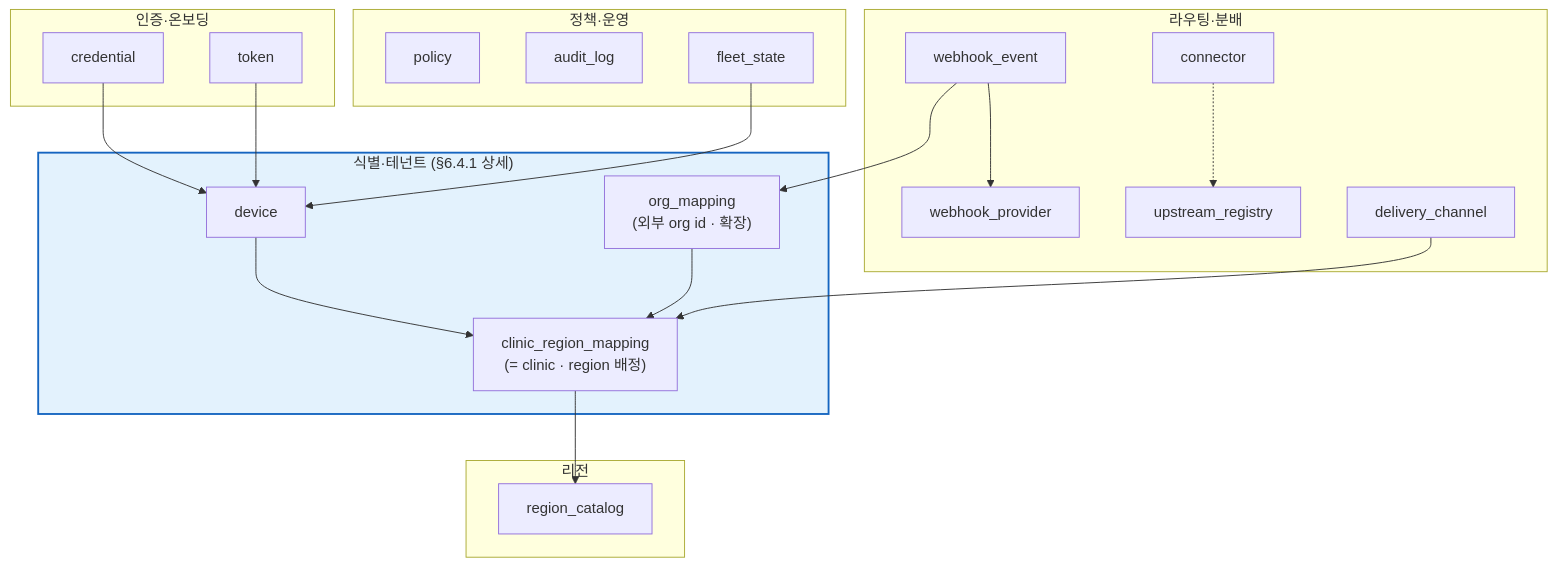
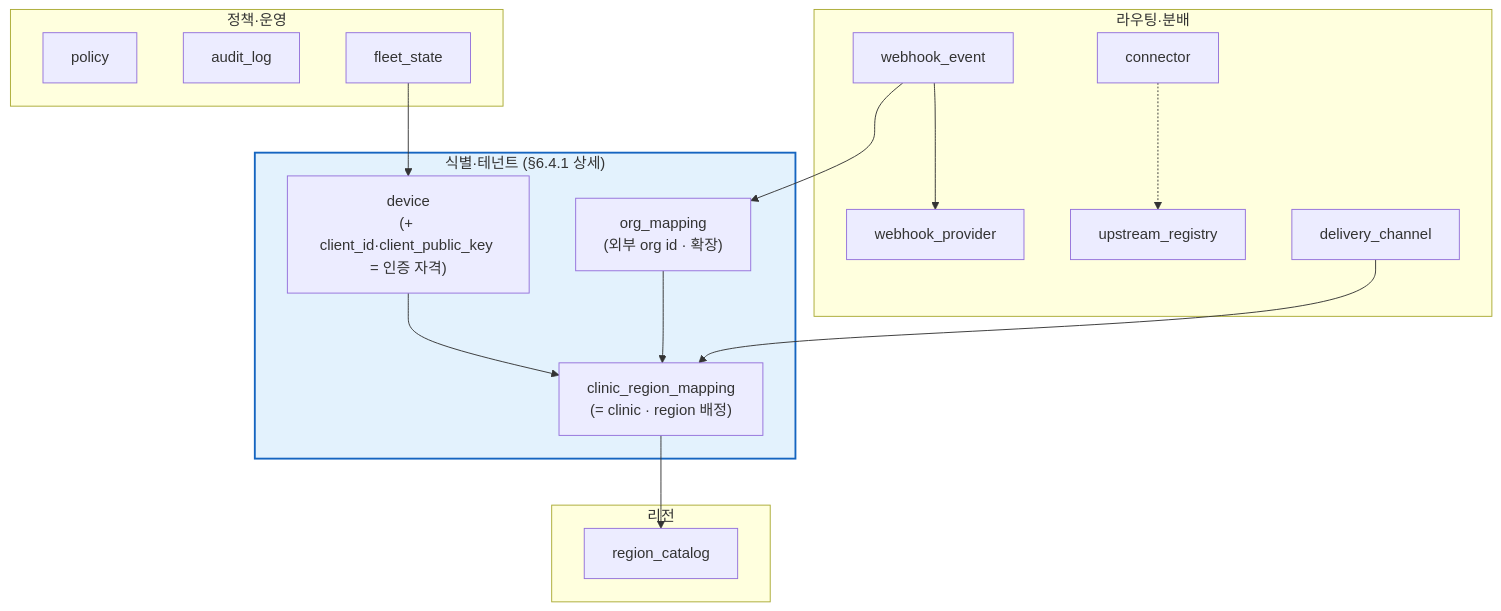
Before and after one commit to gracegyu/scp-architecture: diagram 17 of 17 in docs/VT_API_Gateway/08.VT_API_Gateway/specs/03-srs-gateway/SRS.md, drawn with Mermaid. The commit also changed other lines of this file and 7 other files, not shown here.

Commit message:
문서 업데이트: VT API Gateway의 SRS 문서에서 디바이스 인증 방식을 비대칭 `private_key_jwt`로 변경하고, 관련된 DBML 및 OpenAPI 문서에서 공개키(clientPublicKey) 검증 절차를 명확히 하였습니다. 또한, enrollment 프로세스에서 fingerprint를 client_public_key로 리네이밍하고, credential 및 token 테이블을 삭제하여 데이터 모델의 일관성을 강화하였습니다.

````diff
--- a/docs/VT_API_Gateway/08.VT_API_Gateway/specs/03-srs-gateway/SRS.md
+++ b/docs/VT_API_Gateway/08.VT_API_Gateway/specs/03-srs-gateway/SRS.md
@@ -1245,39 +1248,33 @@
 ```mermaid
 flowchart TB
     subgraph ID["식별·테넌트 (§6.4.1 상세)"]
-        DEV[device]
+        DEV["device<br/>(+ client_id·client_public_key = 인증 자격)"]
         CLI["clinic_region_mapping<br/>(= clinic · region 배정)"]
         ORG["org_mapping<br/>(외부 org id · 확장)"]
     end
     subgraph RGN["리전"]
         RC[region_catalog]
-    end
-    subgraph AUTH["인증·온보딩"]
-        CRED[credential]
-        TOK[token]
     end
     subgraph DISP["라우팅·분배"]
         UPS[upstream_registry]
         WP[webhook_provider]
         WE[webhook_event]
         DC[delivery_channel]
         CONN[connector]
     end
     subgraph OPS["정책·운영"]
         POL[policy]
         AUD[audit_log]
         FLEET[fleet_state]
     end
 
     DEV --> CLI
     ORG --> CLI
     CLI --> RC
     DC --> CLI
     WE --> ORG
     WE --> WP
-    CRED --> DEV
-    TOK --> DEV
     FLEET --> DEV
     CONN -.-> UPS
     style ID fill:#e3f2fd,stroke:#1565c0,stroke-width:2px
 ```
````
